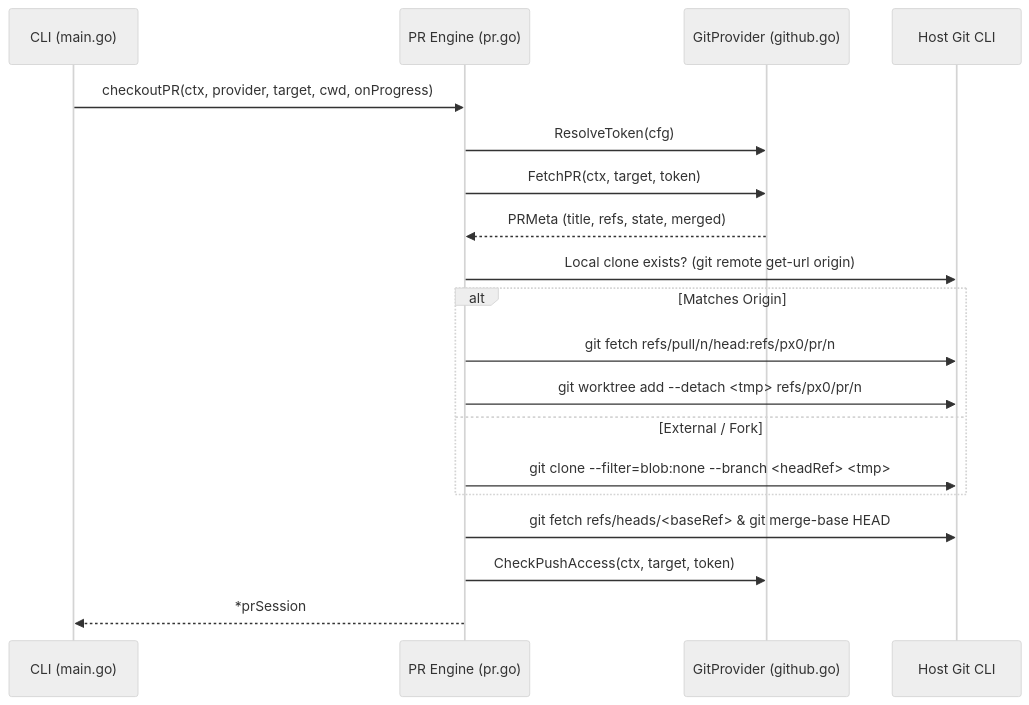
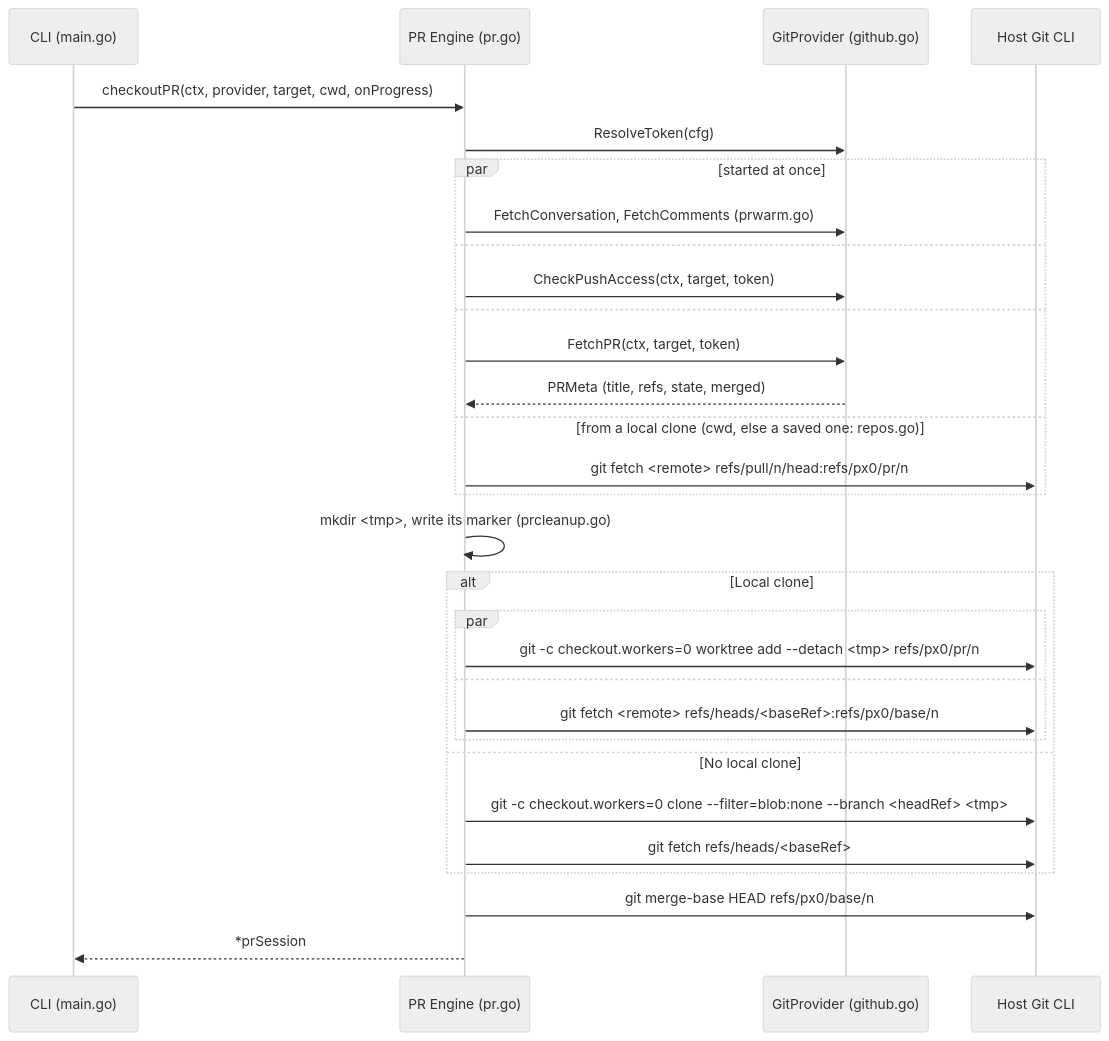
Before and after one commit to vinaayakh/px0: the diagram in docs/internals/github-pr-review.md, drawn with Mermaid (neutral theme). The commit also changed other lines of this file and 14 other files, not shown here.

````diff
--- a/docs/internals/github-pr-review.md
+++ b/docs/internals/github-pr-review.md
@@ -72,22 +72,33 @@
 ```mermaid
 sequenceDiagram
     participant CLI as CLI (main.go)
     participant PR as PR Engine (pr.go)
     participant Prov as GitProvider (github.go)
     participant Git as Host Git CLI
 
     CLI->>PR: checkoutPR(ctx, provider, target, cwd, onProgress)
     PR->>Prov: ResolveToken(cfg)
-    PR->>Prov: FetchPR(ctx, target, token)
-    Prov-->>PR: PRMeta (title, refs, state, merged)
-    PR->>Git: Local clone exists? (git remote get-url origin)
-    alt Matches Origin
-        PR->>Git: git fetch refs/pull/n/head:refs/px0/pr/n
-        PR->>Git: git worktree add --detach <tmp> refs/px0/pr/n
-    else External / Fork
-        PR->>Git: git clone --filter=blob:none --branch <headRef> <tmp>
+    par started at once
+        PR->>Prov: FetchConversation, FetchComments (prwarm.go)
+    and
+        PR->>Prov: CheckPushAccess(ctx, target, token)
+    and
+        PR->>Prov: FetchPR(ctx, target, token)
+        Prov-->>PR: PRMeta (title, refs, state, merged)
+    and from a local clone (cwd, else a saved one: repos.go)
+        PR->>Git: git fetch <remote> refs/pull/n/head:refs/px0/pr/n
     end
-    PR->>Git: git fetch refs/heads/<baseRef> & git merge-base HEAD
-    PR->>Prov: CheckPushAccess(ctx, target, token)
+    PR->>PR: mkdir <tmp>, write its marker (prcleanup.go)
+    alt Local clone
+        par
+            PR->>Git: git -c checkout.workers=0 worktree add --detach <tmp> refs/px0/pr/n
+        and
+            PR->>Git: git fetch <remote> refs/heads/<baseRef>:refs/px0/base/n
+        end
+    else No local clone
+        PR->>Git: git -c checkout.workers=0 clone --filter=blob:none --branch <headRef> <tmp>
+        PR->>Git: git fetch refs/heads/<baseRef>
+    end
+    PR->>Git: git merge-base HEAD refs/px0/base/n
     PR-->>CLI: *prSession
 ```
````
